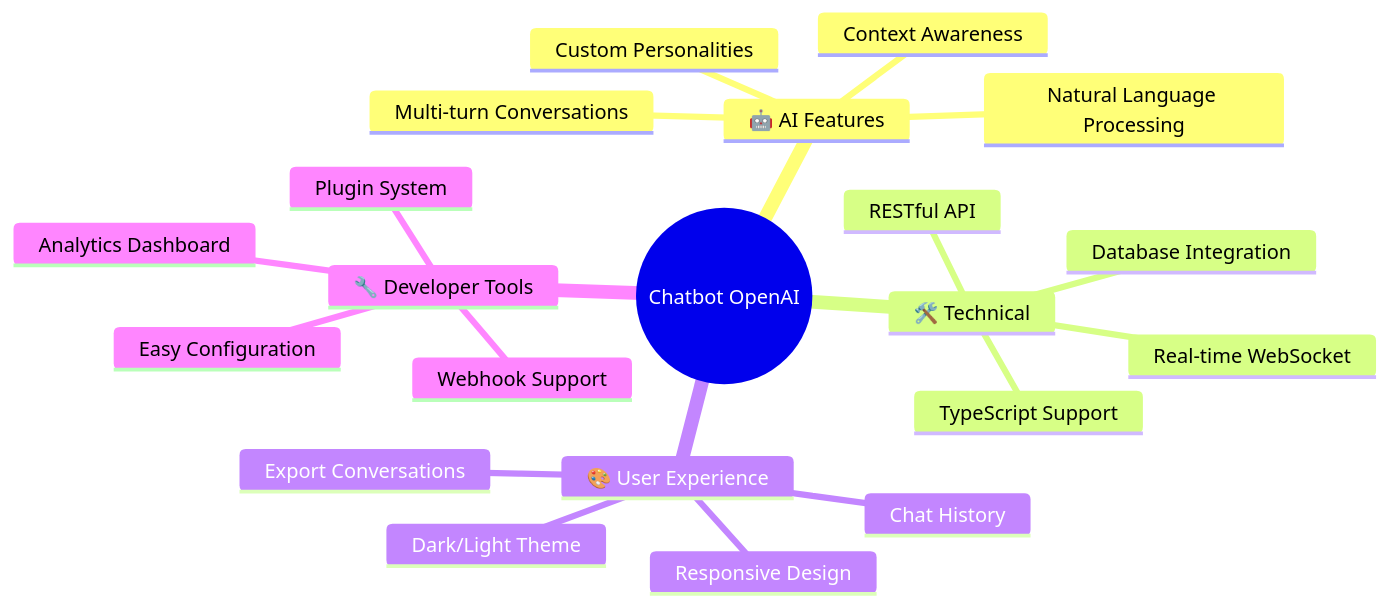
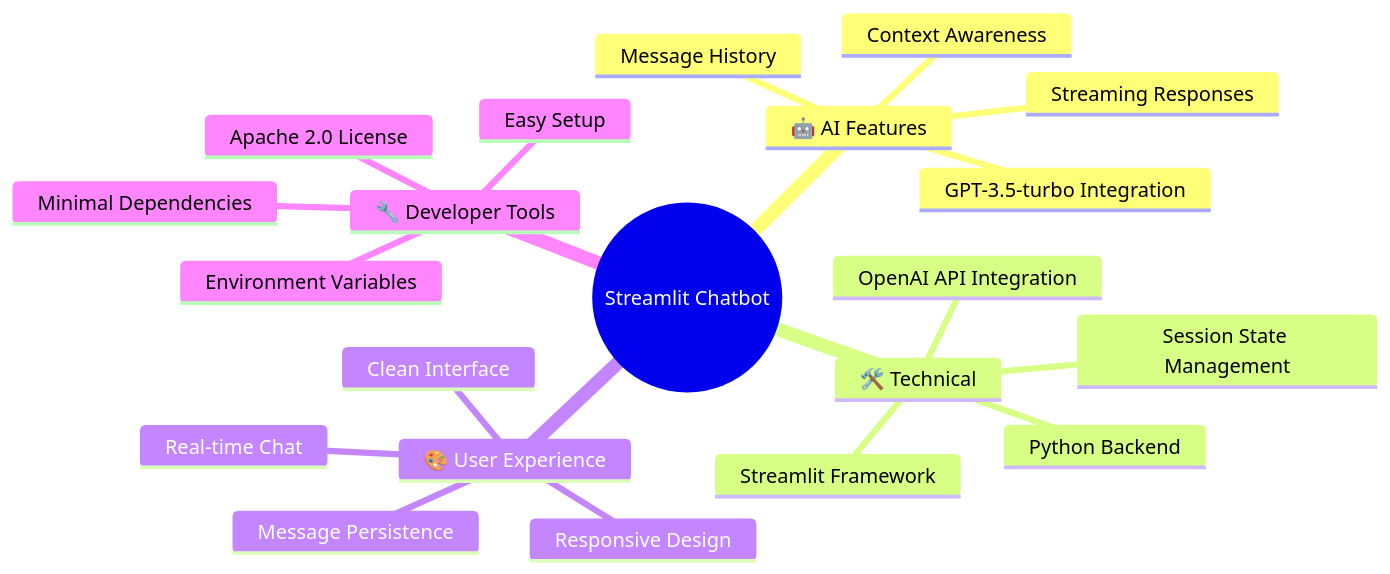
One commit to yxshee/chatbot-openai changed the first of 2 diagrams in README.md. Above: the diagram before and after it, drawn with Mermaid. The commit also changed other lines of this file, not shown here.

````diff
--- a/README.md
+++ b/README.md
@@ -51,24 +48,24 @@
 ```mermaid
 mindmap
-  root((Chatbot OpenAI))
+  root((Streamlit Chatbot))
     🤖 AI Features
-      Natural Language Processing
+      GPT-3.5-turbo Integration
       Context Awareness
-      Multi-turn Conversations
-      Custom Personalities
+      Streaming Responses
+      Message History
     🛠️ Technical
-      TypeScript Support
-      RESTful API
-      Real-time WebSocket
-      Database Integration
+      Python Backend
+      Streamlit Framework
+      Session State Management
+      OpenAI API Integration
     🎨 User Experience
+      Real-time Chat
+      Message Persistence
+      Clean Interface
       Responsive Design
-      Dark/Light Theme
-      Chat History
-      Export Conversations
     🔧 Developer Tools
-      Easy Configuration
-      Plugin System
-      Webhook Support
-      Analytics Dashboard
+      Easy Setup
+      Minimal Dependencies
+      Environment Variables
+      Apache 2.0 License
 ```
````
